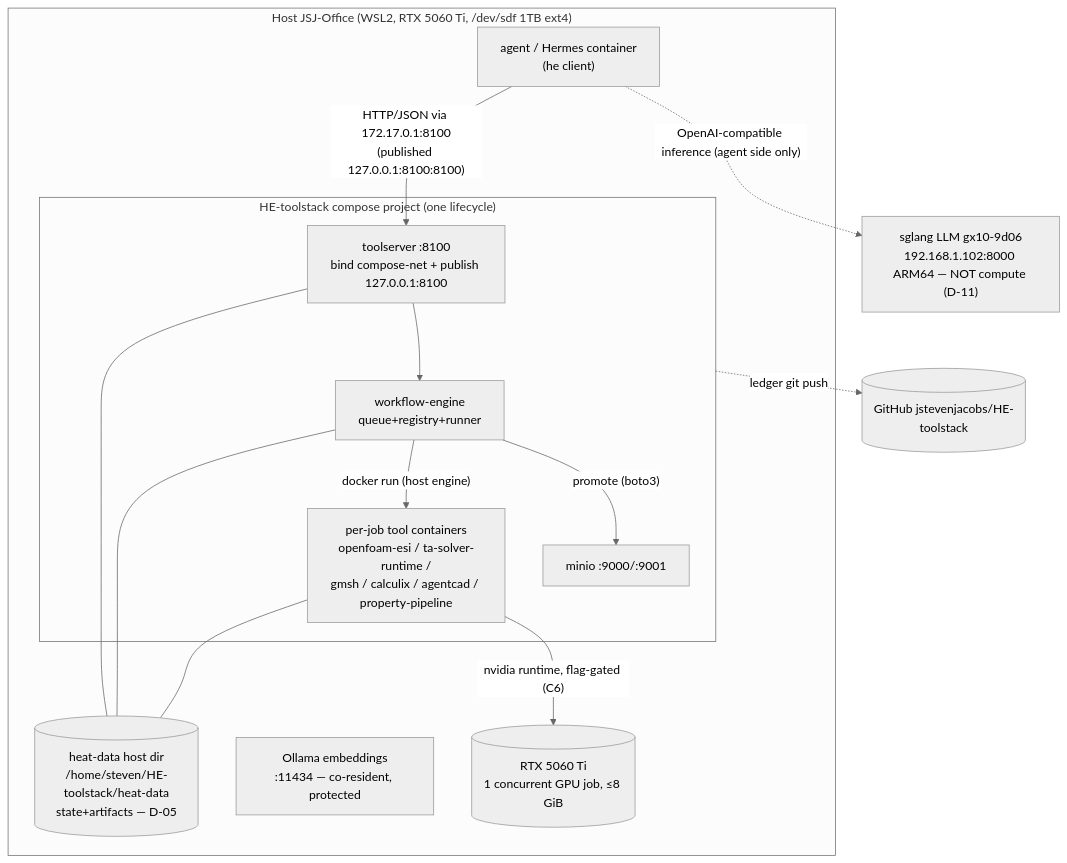
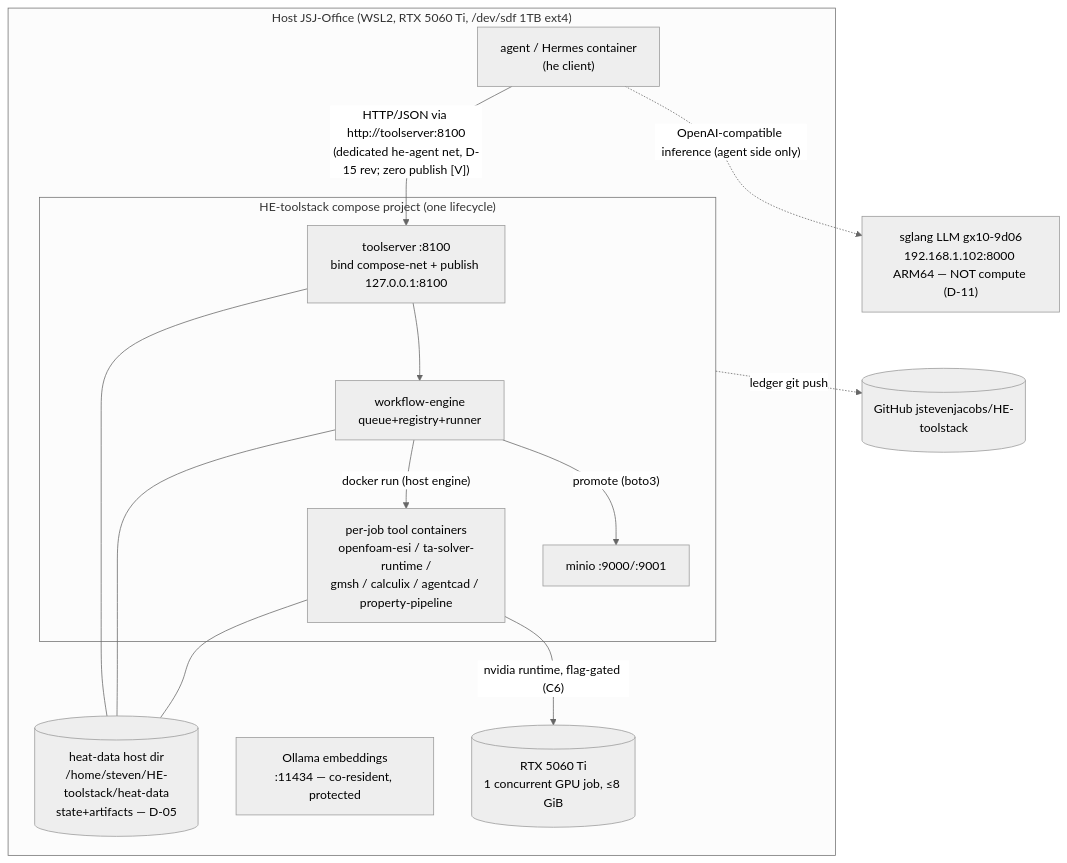
Before and after one commit to jstevenjacobs/HE-toolstack: the first of 9 diagrams in docs/HE-TOOLSTACK-TECHNICAL-DESIGN.md, drawn with Mermaid (neutral theme). The commit also changed other lines of this file and 4 other files, not shown here.

Commit message:
r2: bind-topology correction, dedicated he-agent network (D-15 rev), O_EXCL claim arbiter (8.8a), one-shot backup jobs + 2-copy retention, versioned-transfer mechanism, traceability refresh, diagrams 9/9

````diff
--- a/docs/HE-TOOLSTACK-TECHNICAL-DESIGN.md
+++ b/docs/HE-TOOLSTACK-TECHNICAL-DESIGN.md
@@ -215,22 +223,22 @@
 ```mermaid
 graph TB
     subgraph Host["Host JSJ-Office (WSL2, RTX 5060 Ti, /dev/sdf 1TB ext4)"]
         subgraph Stack["HE-toolstack compose project (one lifecycle)"]
             TS["toolserver :8100<br/>bind compose-net + publish 127.0.0.1:8100"]
             WE[workflow-engine<br/>queue+registry+runner]
             MO[minio :9000/:9001]
             JOB[per-job tool containers<br/>openfoam-esi / ta-solver-runtime /<br/>gmsh / calculix / agentcad / property-pipeline]
         end
         HD[("heat-data host dir<br/>/home/steven/HE-toolstack/heat-data<br/>state+artifacts — D-05")]
         AG["agent / Hermes container<br/>(he client)"]
         EMB["Ollama embeddings<br/>:11434 — co-resident, protected"]
         TS --- HD; WE --- HD; JOB --- HD
-        AG -- "HTTP/JSON via 172.17.0.1:8100<br/>(published 127.0.0.1:8100:8100)" --> TS
+        AG -- "HTTP/JSON via http://toolserver:8100<br/>(dedicated he-agent net, D-15 rev; zero publish [V])" --> TS
         TS --> WE; WE -- "docker run (host engine)" --> JOB
         WE -- "promote (boto3)" --> MO
         JOB -- "nvidia runtime, flag-gated (C6)" --> GPU[(RTX 5060 Ti<br/>1 concurrent GPU job, ≤8 GiB)]
     end
     AGX["sglang LLM gx10-9d06<br/>192.168.1.102:8000 ARM64 — NOT compute (D-11)"]
     AG -. "OpenAI-compatible inference (agent side only)" .-> AGX
     Stack -. "ledger git push" .-> GH[(GitHub jstevenjacobs/HE-toolstack)]
 ```
````
